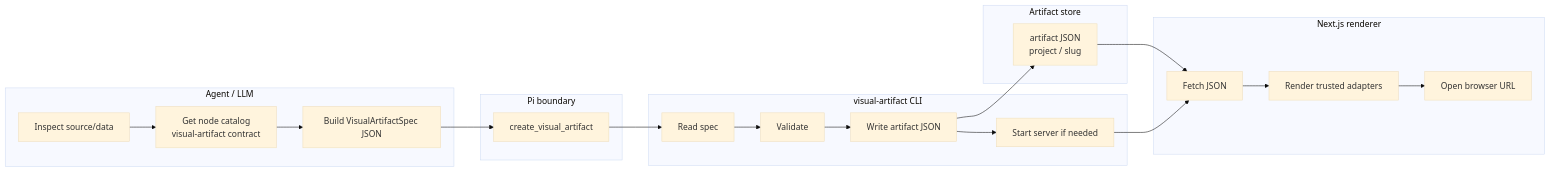
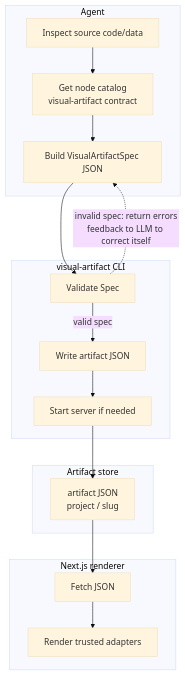
One commit to iurysza/visual-artifact-renderer changed the diagram in README.md. Above: the diagram before and after it, drawn with Mermaid (base theme).

````diff
--- a/README.md
+++ b/README.md
@@ -30,32 +30,29 @@
 ```mermaid
-flowchart LR
-  subgraph Agent["Agent / LLM"]
-    A1["Inspect source/data"]
+flowchart TB
+  subgraph Agent["Agent"]
+    A1["Inspect source code/data"]
     A2["Get node catalog<br/>visual-artifact contract"]
     A3["Build VisualArtifactSpec JSON"]
   end
 
-  subgraph Pi["Pi boundary"]
-    P1["create_visual_artifact"]
-  end
-
   subgraph CLI["visual-artifact CLI"]
-    C1["Read spec"]
-    C2["Validate"]
-    C3["Write artifact JSON"]
-    C4["Start server if needed"]
+    C1["Validate Spec"]
+    C2["Write artifact JSON"]
+    C3["Start server if needed"]
   end
 
   subgraph Store["Artifact store"]
     S1["artifact JSON<br/>project / slug"]
   end
 
   subgraph Renderer["Next.js renderer"]
     R1["Fetch JSON"]
     R2["Render trusted adapters"]
-    R3["Open browser URL"]
   end
 
-  A1 --> A2 --> A3 --> P1 --> C1 --> C2 --> C3 --> S1 --> R1 --> R2 --> R3
-  C3 --> C4 --> R1
+  A1 --> A2 --> A3 --> C1
+
+  C1 -->|valid spec| C2 --> C3 --> S1 --> R1 --> R2
+
+  C1 -.->|invalid spec: return errors<br/>feedback to LLM to correct itself| A3
 ```
````
